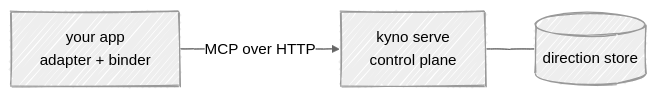
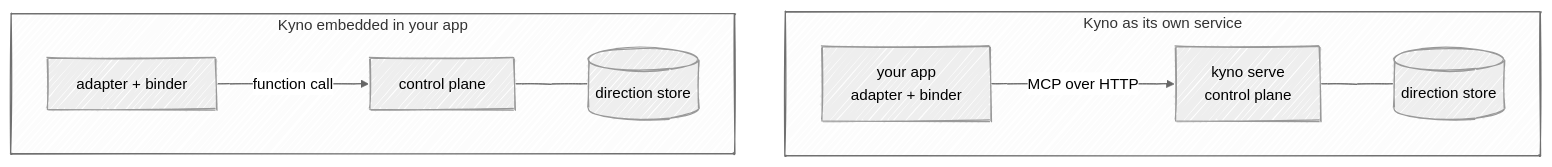
The first of 2 diagrams in docs/adapters.md (cizambra/kyno), drawn with Mermaid before and after one commit. The commit also changed other lines of this file, not shown here.

Commit message:
One compact diagram for the two deployment shapes

````diff
--- a/docs/adapters.md
+++ b/docs/adapters.md
@@ -52,12 +50,18 @@
 ```mermaid
 ---
 config:
   look: handDrawn
   theme: neutral
-  flowchart:
-    useMaxWidth: false
 ---
-flowchart LR
-  A1["your app<br/>adapter + binder"] -- "MCP over HTTP" --> K1["kyno serve<br/>control plane"]
-  K1 --- S1[("direction store")]
+flowchart TB
+  subgraph svc["Kyno as its own service"]
+    direction LR
+    A1["your app<br/>adapter + binder"] -- "MCP over HTTP" --> K1["kyno serve<br/>control plane"]
+    K1 --- S1[("direction store")]
+  end
+  subgraph emb["Kyno embedded in your app"]
+    direction LR
+    B2["adapter + binder"] -- "function call" --> K2["control plane"]
+    K2 --- S2[("direction store")]
+  end
 ```
````
